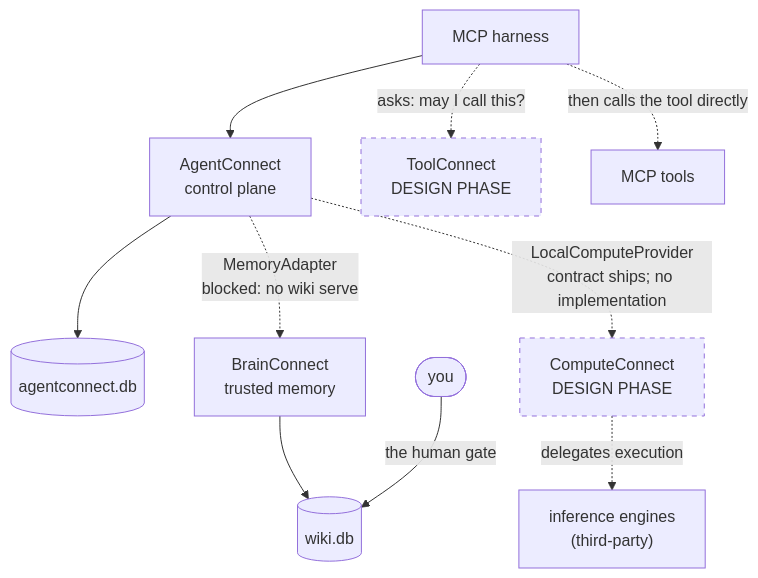
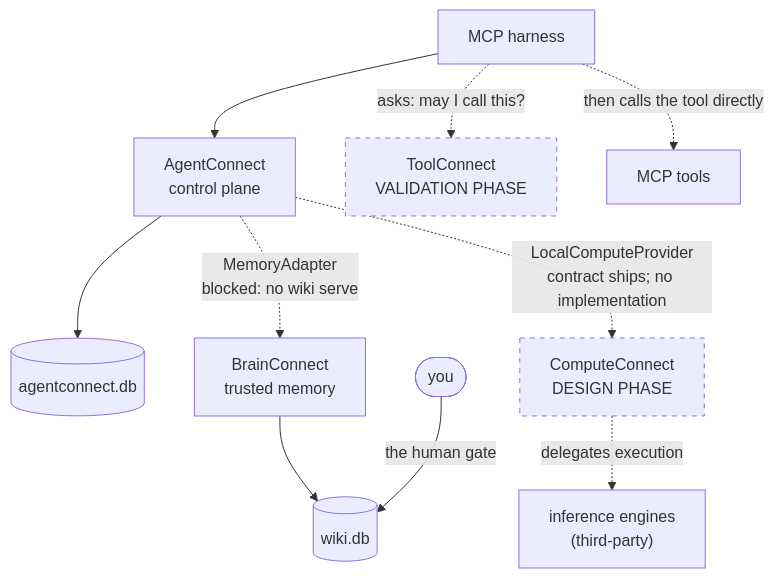
The fifth of 5 diagrams in ARCHITECTURE.md (Judgernaut777/Connect), drawn with Mermaid before and after one commit. The commit also changed other lines of this file and 6 other files, not shown here.

First line of the commit message:
Reconcile product statuses: ToolConnect validation phase, AgentConnect bypass fixed

````diff
--- a/ARCHITECTURE.md
+++ b/ARCHITECTURE.md
@@ -172,18 +174,18 @@
 ```mermaid
 flowchart TD
     harness["MCP harness"] --> ac["AgentConnect<br/>control plane"]
     ac --> acdb[("agentconnect.db")]
 
     ac -.->|"MemoryAdapter<br/>blocked: no wiki serve"| bc["BrainConnect<br/>trusted memory"]
     bc --> bcdb[("wiki.db")]
     you(["you"]) -->|"the human gate"| bcdb
 
     ac -.->|"LocalComputeProvider<br/>contract ships; no implementation"| cc["ComputeConnect<br/>DESIGN PHASE"]
     cc -.->|"delegates execution"| engines["inference engines<br/>(third-party)"]
 
-    harness -.->|"asks: may I call this?"| tc["ToolConnect<br/>DESIGN PHASE"]
+    harness -.->|"asks: may I call this?"| tc["ToolConnect<br/>VALIDATION PHASE"]
     harness -.->|"then calls the tool directly"| tools["MCP tools"]
 
     style cc stroke-dasharray: 5 5
     style tc stroke-dasharray: 5 5
 ```
````
